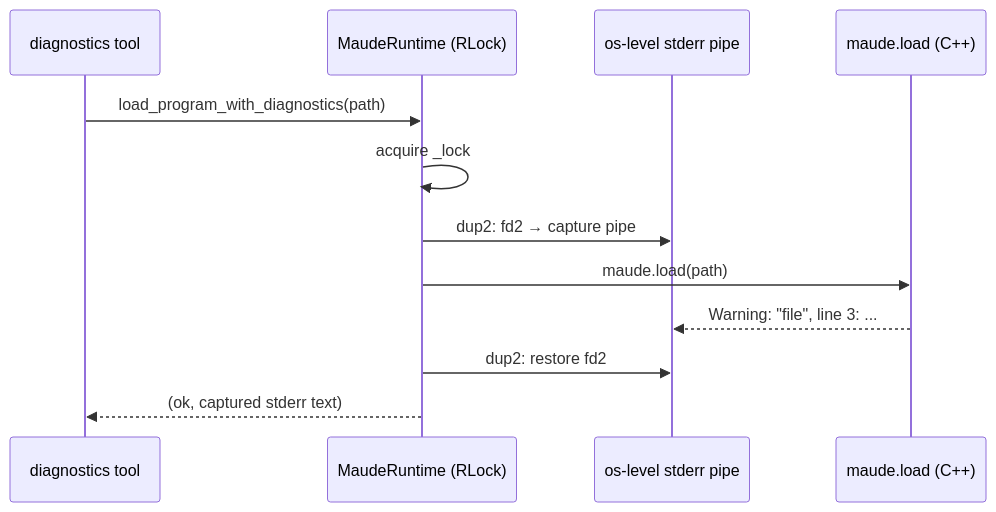
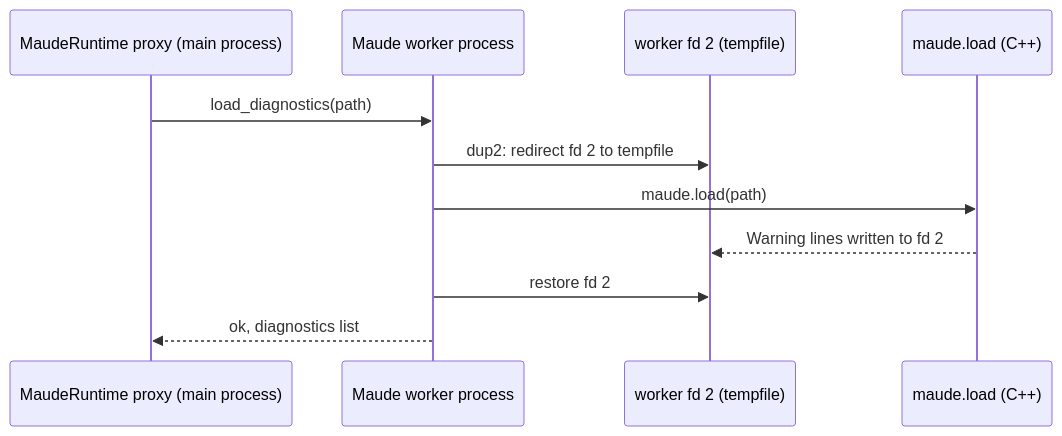
One commit to demiourgoi/Harold changed the diagram in harold-mcp/.agents/planning/maude-diagnostics-tool-v1/research/maude-bindings.md. Above: the diagram before and after it, drawn with Mermaid. The commit also changed other lines of this file and 6 other files, not shown here.

Commit message:
fix diagrams and polish subprocess plan for maude package

````diff
--- a/harold-mcp/.agents/planning/maude-diagnostics-tool-v1/research/maude-bindings.md
+++ b/harold-mcp/.agents/planning/maude-diagnostics-tool-v1/research/maude-bindings.md
@@ -124,14 +124,13 @@
 ```mermaid
 sequenceDiagram
-    participant T as diagnostics tool
-    participant R as MaudeRuntime (RLock)
-    participant F as os-level stderr pipe
+    participant P as MaudeRuntime proxy (main process)
+    participant W as Maude worker process
+    participant F as worker fd 2 (tempfile)
     participant M as maude.load (C++)
-    T->>R: load_program_with_diagnostics(path)
-    R->>R: acquire _lock
-    R->>F: dup2: fd2 → capture pipe
-    R->>M: maude.load(path)
-    M-->>F: Warning: "file", line 3: ...
-    R->>F: dup2: restore fd2
-    R-->>T: (ok, captured stderr text)
+    P->>W: load_diagnostics(path)
+    W->>F: dup2: redirect fd 2 to tempfile
+    W->>M: maude.load(path)
+    M-->>F: Warning lines written to fd 2
+    W->>F: restore fd 2
+    W-->>P: ok, diagnostics list
 ```
````
